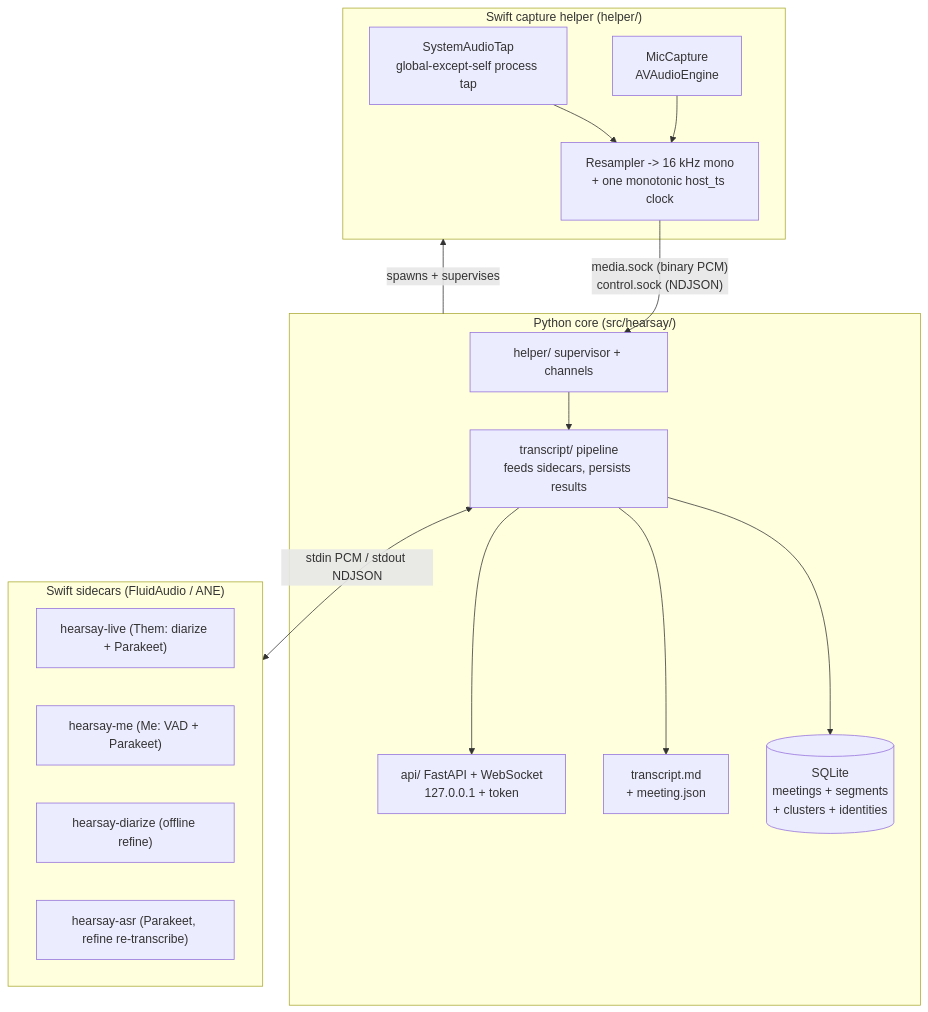
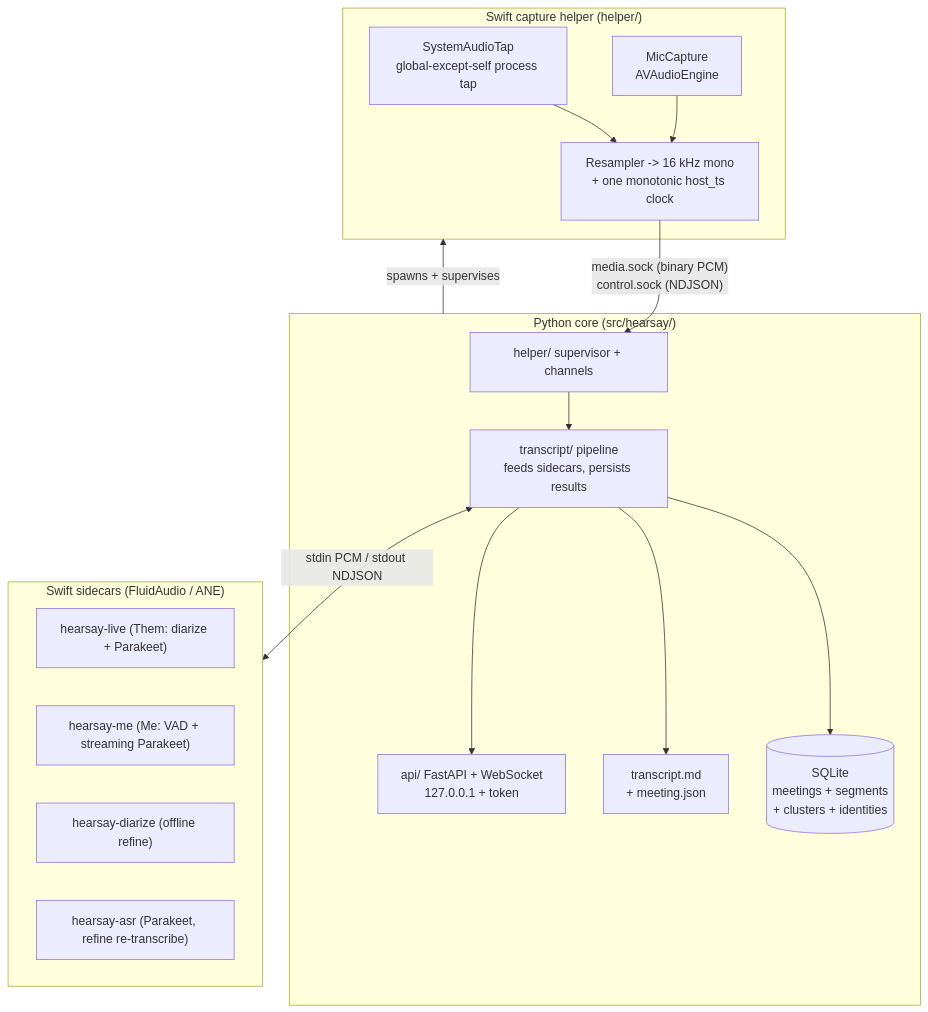
The diagram in docs/architecture.md (rwiseman87/hearsay), drawn with Mermaid before and after one commit. The commit also changed other lines of this file and 4 other files, not shown here.

````diff
--- a/docs/architecture.md
+++ b/docs/architecture.md
@@ -24,29 +24,29 @@
 ```mermaid
 flowchart TB
   subgraph Helper["Swift capture helper (helper/)"]
     Tap["SystemAudioTap\nglobal-except-self process tap"]
     Mic["MicCapture\nAVAudioEngine"]
     Rs["Resampler -> 16 kHz mono\n+ one monotonic host_ts clock"]
     Tap --> Rs
     Mic --> Rs
   end
   subgraph Side["Swift sidecars (FluidAudio / ANE)"]
     SL["hearsay-live (Them: diarize + Parakeet)"]
-    SMe["hearsay-me (Me: VAD + Parakeet)"]
+    SMe["hearsay-me (Me: VAD + streaming Parakeet)"]
     SD["hearsay-diarize (offline refine)"]
     SA["hearsay-asr (Parakeet, refine re-transcribe)"]
   end
   subgraph Core["Python core (src/hearsay/)"]
     Sup["helper/ supervisor + channels"]
     Pipe["transcript/ pipeline\nfeeds sidecars, persists results"]
     DB[("SQLite\nmeetings + segments\n+ clusters + identities")]
     MD["transcript.md\n+ meeting.json"]
     API["api/ FastAPI + WebSocket\n127.0.0.1 + token"]
     Sup --> Pipe --> DB
     Pipe --> MD
     Pipe --> API
   end
   Rs -- "media.sock (binary PCM)\ncontrol.sock (NDJSON)" --> Sup
   Pipe <-- "stdin PCM / stdout NDJSON" --> Side
   Core -- "spawns + supervises" --> Helper
 ```
````
